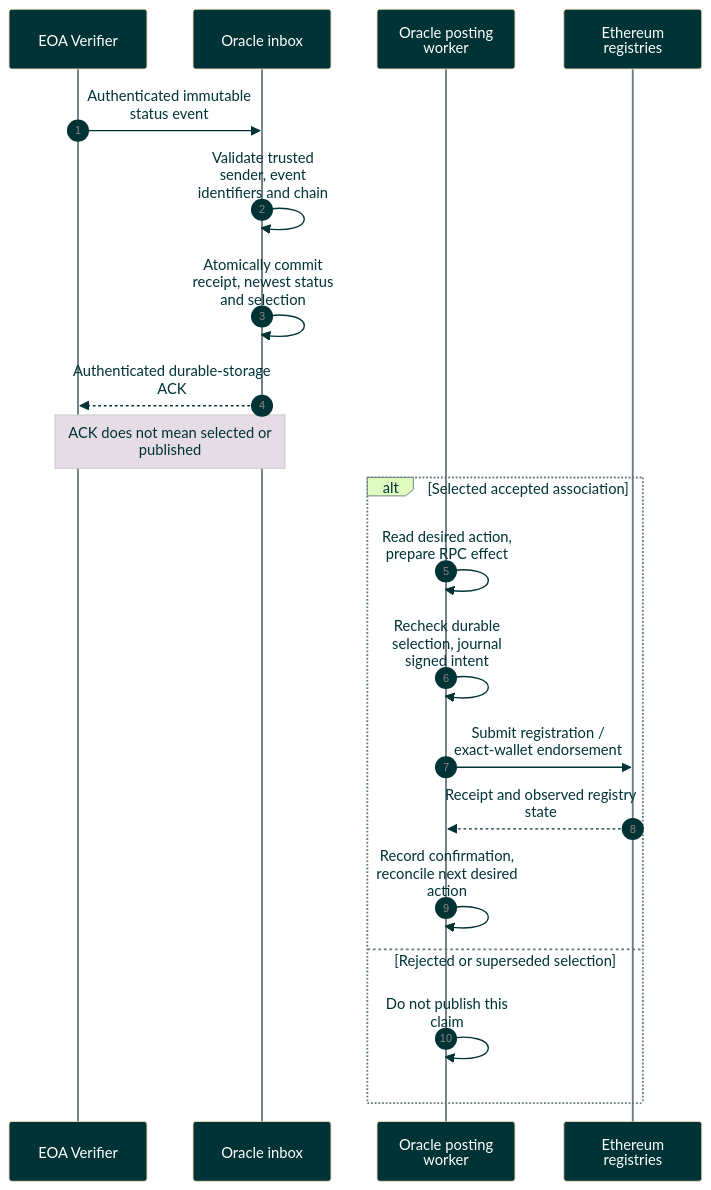
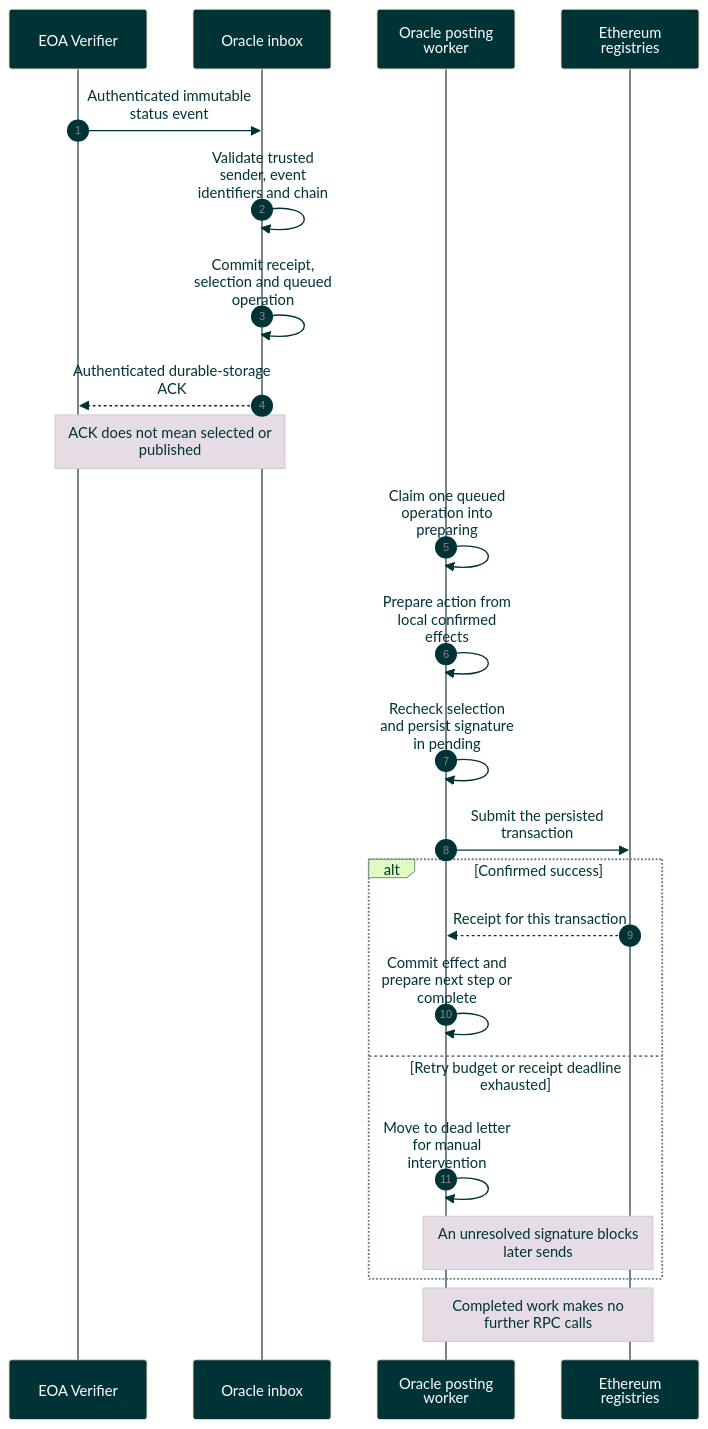
The diagram in docs/diagrams/sequence/oracle-endorsement-sequence.md (GLEIF-IT/vlei-oracle), drawn with Mermaid before and after one commit. The commit also changed 25 other files, not shown here.

First line of the commit message:
Replace registry reconciliation with durable posting phases

````diff
--- a/docs/diagrams/sequence/oracle-endorsement-sequence.md
+++ b/docs/diagrams/sequence/oracle-endorsement-sequence.md
@@ -10,23 +10,26 @@
 ```mermaid
 %%{init: {"theme":"base","themeVariables":{"actorBkg":"#003336","actorTextColor":"#FFFFFF","signalColor":"#003336","signalTextColor":"#003336","noteBkgColor":"#E5DCE6","noteTextColor":"#003336","loopTextColor":"#003336","labelTextColor":"#003336","labelBoxBkgColor":"#DFFBC0","labelBoxBorderColor":"#6A7B7F","actorLineColor":"#6A7B7F","lineColor":"#6A7B7F"},"sequence":{"mirrorActors":true,"wrap":true}}}%%
 sequenceDiagram
     autonumber
     participant V as EOA Verifier
     participant O as Oracle inbox
     participant P as Oracle posting worker
     participant C as Ethereum registries
     V->>O: Authenticated immutable status event
     O->>O: Validate trusted sender, event identifiers and chain
-    O->>O: Atomically commit receipt, newest status and selection
+    O->>O: Commit receipt, selection and queued operation
     O-->>V: Authenticated durable-storage ACK
     Note over V,O: ACK does not mean selected or published
-    alt Selected accepted association
-        P->>P: Read desired action, prepare RPC effect
-        P->>P: Recheck durable selection, journal signed intent
-        P->>C: Submit registration / exact-wallet endorsement
-        C-->>P: Receipt and observed registry state
-        P->>P: Record confirmation, reconcile next desired action
-    else Rejected or superseded selection
-        P->>P: Do not publish this claim
+    P->>P: Claim one queued operation into preparing
+    P->>P: Prepare action from local confirmed effects
+    P->>P: Recheck selection and persist signature in pending
+    P->>C: Submit the persisted transaction
+    alt Confirmed success
+        C-->>P: Receipt for this transaction
+        P->>P: Commit effect and prepare next step or complete
+    else Retry budget or receipt deadline exhausted
+        P->>P: Move to dead letter for manual intervention
+        Note over P,C: An unresolved signature blocks later sends
     end
+    Note over P,C: Completed work makes no further RPC calls
 ```
````
